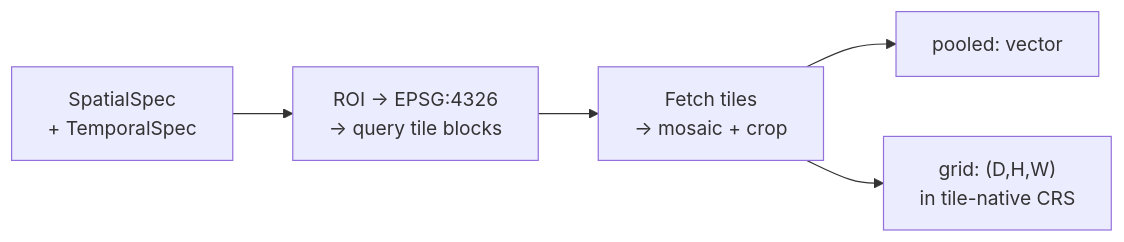
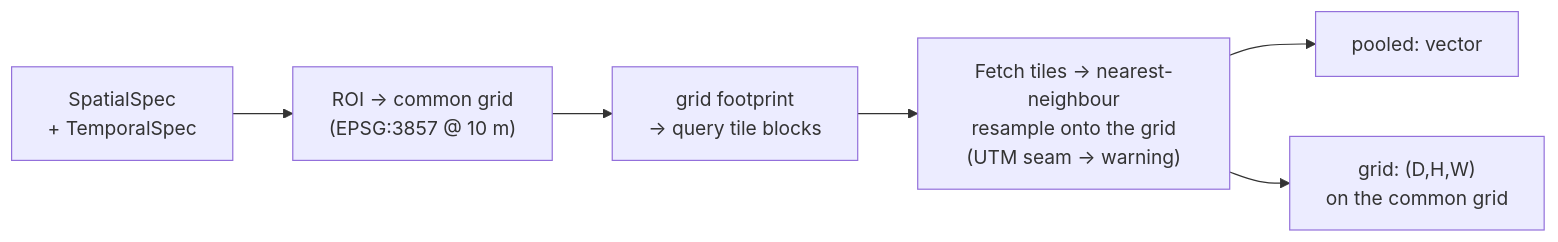
One commit to cybergis/rs-embed changed the first of 2 diagrams in docs/models/tessera.md. Above: the diagram before and after it, drawn with Mermaid. The commit also changed other lines of this file and 5 other files, not shown here.

Commit message:
feat(tessera): resample UTM tiles onto the common EPSG:3857 grid; warn on UTM zone seams

````diff
--- a/docs/models/tessera.md
+++ b/docs/models/tessera.md
@@ -43,7 +43,8 @@
 ```mermaid
 flowchart LR
-    INPUT["SpatialSpec\n+ TemporalSpec"] --> QUERY["ROI → EPSG:4326\n→ query tile blocks"]
-    QUERY --> MOSAIC["Fetch tiles\n→ mosaic + crop"]
-    MOSAIC --> POOL["pooled: vector"]
-    MOSAIC --> GRID["grid: (D,H,W)\nin tile-native CRS"]
+    INPUT["SpatialSpec\n+ TemporalSpec"] --> GRIDDEF["ROI → common grid\n(EPSG:3857 @ 10 m)"]
+    GRIDDEF --> QUERY["grid footprint\n→ query tile blocks"]
+    QUERY --> RESAMPLE["Fetch tiles → nearest-neighbour\nresample onto the grid\n(UTM seam → warning)"]
+    RESAMPLE --> POOL["pooled: vector"]
+    RESAMPLE --> GRID["grid: (D,H,W)\non the common grid"]
 ```
````
